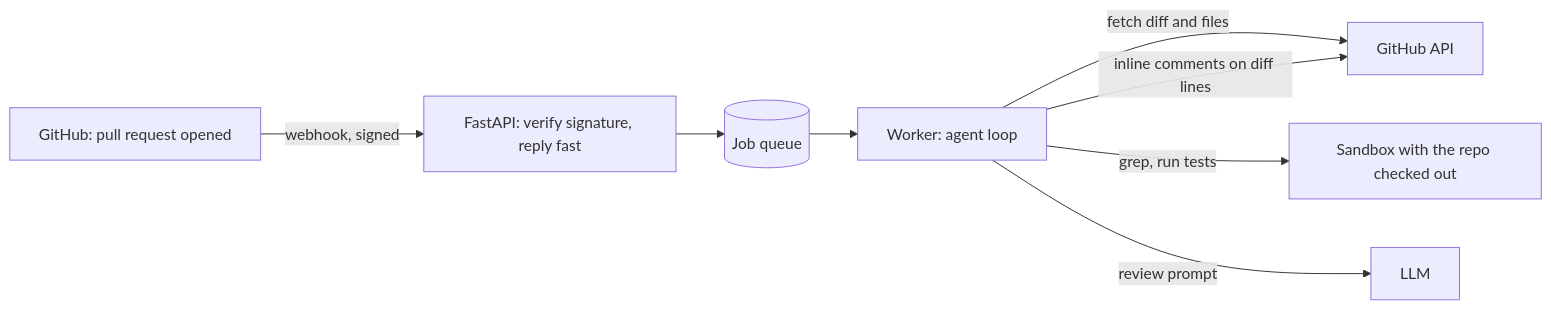
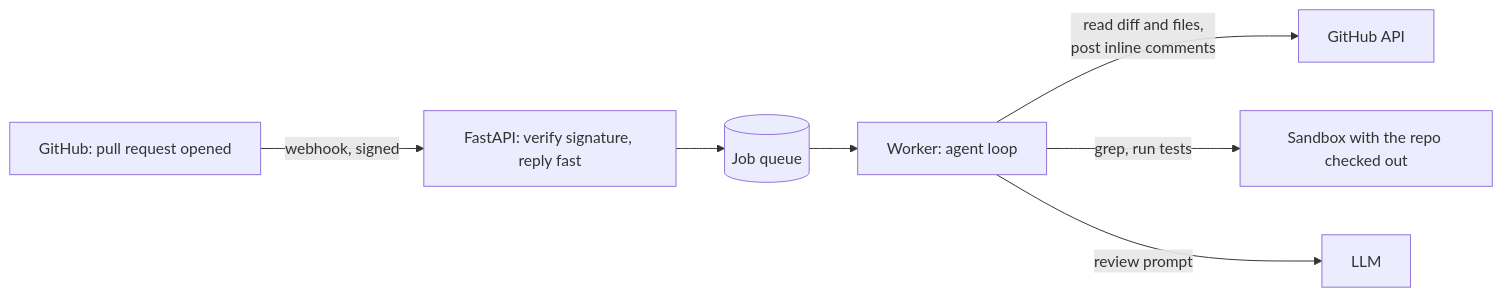
Before and after one commit to sarthaksarangi/magicui-portfolio: the second of 3 diagrams in content/coding-agents-and-agent-infrastructure.mdx, drawn with Mermaid. The commit also changed 4 other files, not shown here.

First line of the commit message:
Blog: readable Mermaid diagrams, lazy rendering, no phone overflow

````diff
--- a/content/coding-agents-and-agent-infrastructure.mdx
+++ b/content/coding-agents-and-agent-infrastructure.mdx
@@ -92,10 +92,9 @@
 ```mermaid
 flowchart LR
     GH["GitHub: pull request opened"] -- "webhook, signed" --> API["FastAPI: verify signature, reply fast"]
     API --> Q[("Job queue")]
     Q --> W["Worker: agent loop"]
-    W -- "fetch diff and files" --> GHA["GitHub API"]
+    W -- "read diff and files,<br/>post inline comments" --> GHA["GitHub API"]
     W -- "grep, run tests" --> SB["Sandbox with the repo checked out"]
     W -- "review prompt" --> LLM["LLM"]
-    W -- "inline comments on diff lines" --> GHA
 ```
````
